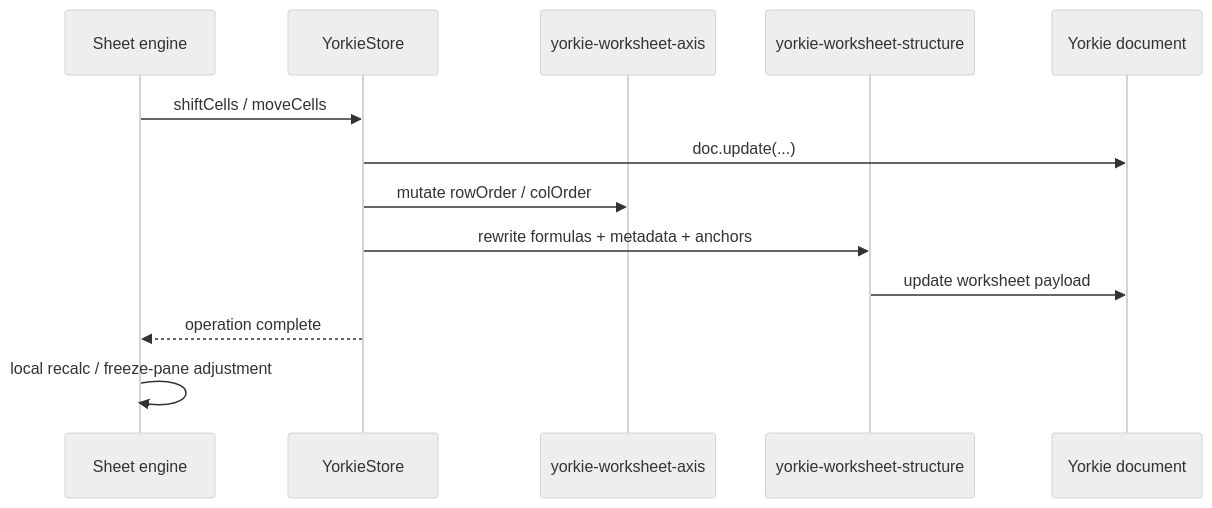
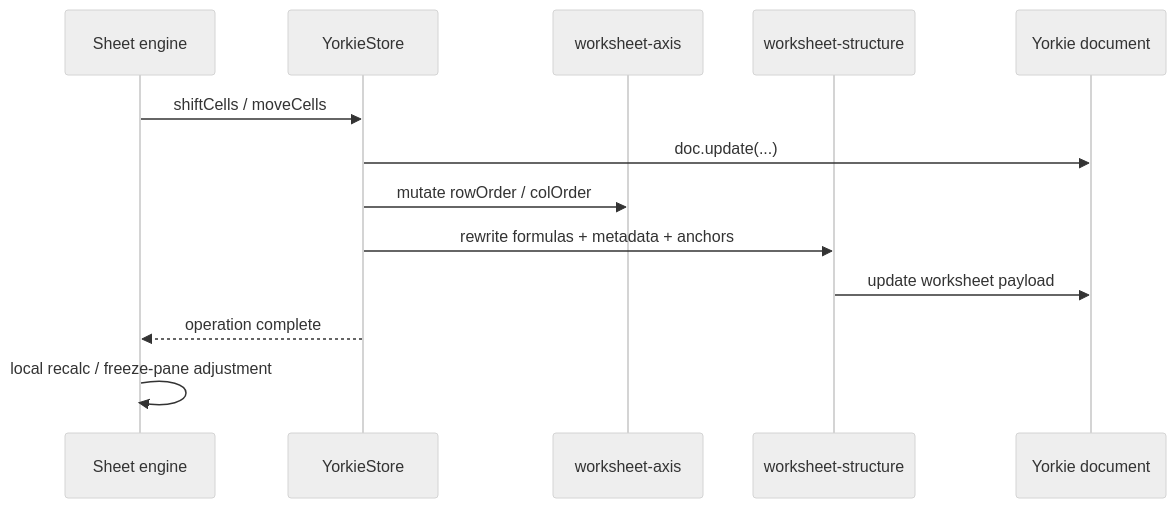
The second of 2 diagrams in docs/design/sheets/collaboration.md (wafflebase/wafflebase), drawn with Mermaid (neutral theme) before and after one commit. The commit also changed other lines of this file and 14 other files, not shown here.

````diff
--- a/docs/design/sheets/collaboration.md
+++ b/docs/design/sheets/collaboration.md
@@ -155,16 +162,16 @@
 ```mermaid
 sequenceDiagram
     participant Sheet as Sheet engine
     participant Store as YorkieStore
-    participant Axis as yorkie-worksheet-axis
-    participant Struct as yorkie-worksheet-structure
+    participant Axis as worksheet-axis
+    participant Struct as worksheet-structure
     participant Doc as Yorkie document
 
     Sheet->>Store: shiftCells / moveCells
     Store->>Doc: doc.update(...)
     Store->>Axis: mutate rowOrder / colOrder
     Store->>Struct: rewrite formulas + metadata + anchors
     Struct->>Doc: update worksheet payload
     Store-->>Sheet: operation complete
     Sheet->>Sheet: local recalc / freeze-pane adjustment
 ```
````
